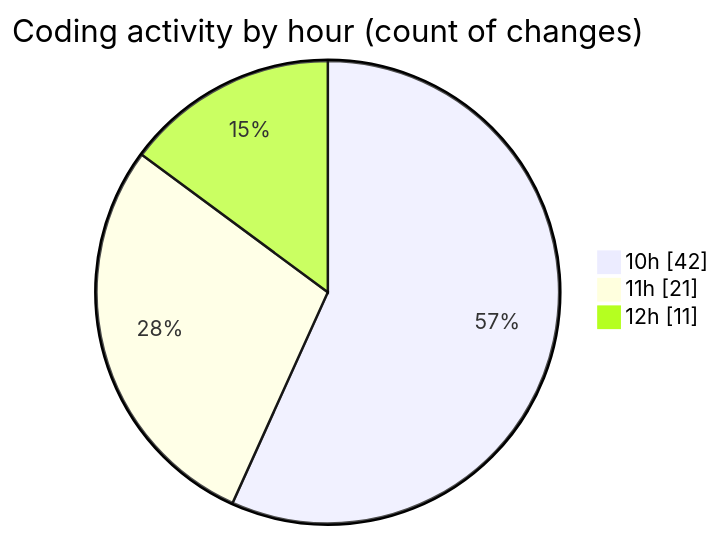
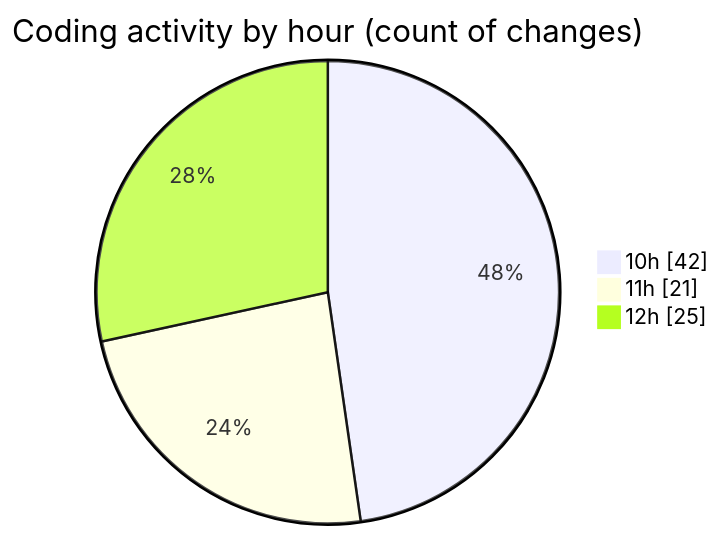
One commit to Ritupan-Deka/code-tracking changed the second of 2 diagrams in 2025-07-04/urlwebwala_intership_work/README.md. Above: the diagram before and after it, drawn with Mermaid. The commit also changed other lines of this file and 1 other file, not shown here.

````diff
--- a/2025-07-04/urlwebwala_intership_work/README.md
+++ b/2025-07-04/urlwebwala_intership_work/README.md
@@ -30,7 +30,7 @@
 ```mermaid
 pie showData
 title Coding activity by hour (count of changes)
 "10h" : 42
 "11h" : 21
-"12h" : 11
+"12h" : 25
 ```
````
